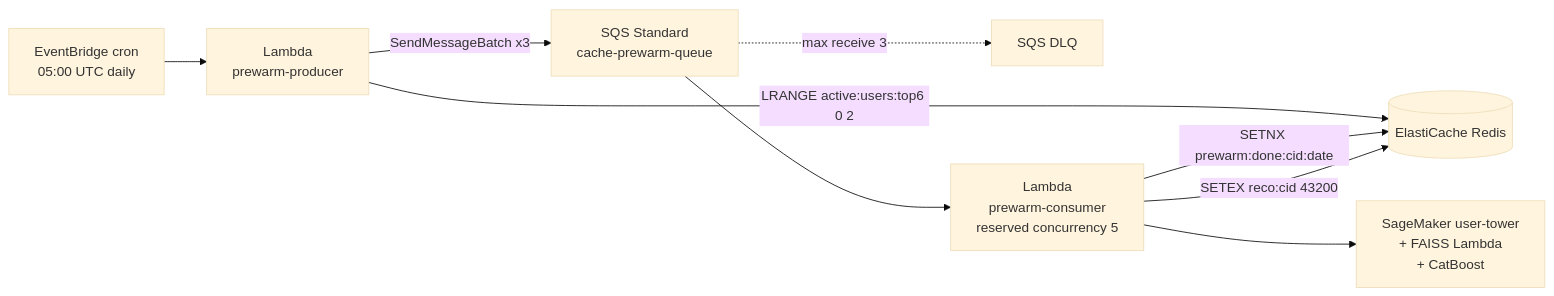
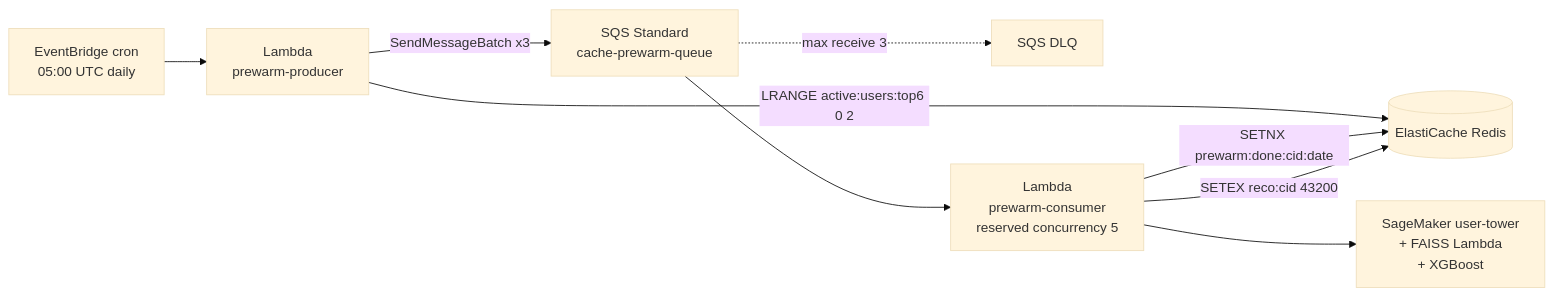
One commit to rahulvansh66/fashion-recommendation-system changed the eighth of 9 diagrams in docs/my-docs/personal-learning/future-implementation/hld.md. Above: the diagram before and after it, drawn with Mermaid (base theme). The commit also changed other lines of this file and 144 other files, not shown here.

````diff
--- a/docs/my-docs/personal-learning/future-implementation/hld.md
+++ b/docs/my-docs/personal-learning/future-implementation/hld.md
@@ -829,19 +829,19 @@
 ```mermaid
 flowchart LR
     eb[EventBridge cron<br/>05:00 UTC daily]
     producer["Lambda<br/>prewarm-producer"]
     queue[SQS Standard<br/>cache-prewarm-queue]
     dlq[SQS DLQ]
     consumer["Lambda<br/>prewarm-consumer<br/>reserved concurrency 5"]
     redis[(ElastiCache Redis)]
-    sm["SageMaker user-tower<br/>+ FAISS Lambda<br/>+ CatBoost"]
+    sm["SageMaker user-tower<br/>+ FAISS Lambda<br/>+ XGBoost"]
 
     eb --> producer
     producer -->|LRANGE active:users:top6 0 2| redis
     producer -->|SendMessageBatch x3| queue
     queue --> consumer
     queue -.->|max receive 3| dlq
     consumer -->|SETNX prewarm:done:cid:date| redis
     consumer --> sm
     consumer -->|SETEX reco:cid 43200| redis
 ```
````
